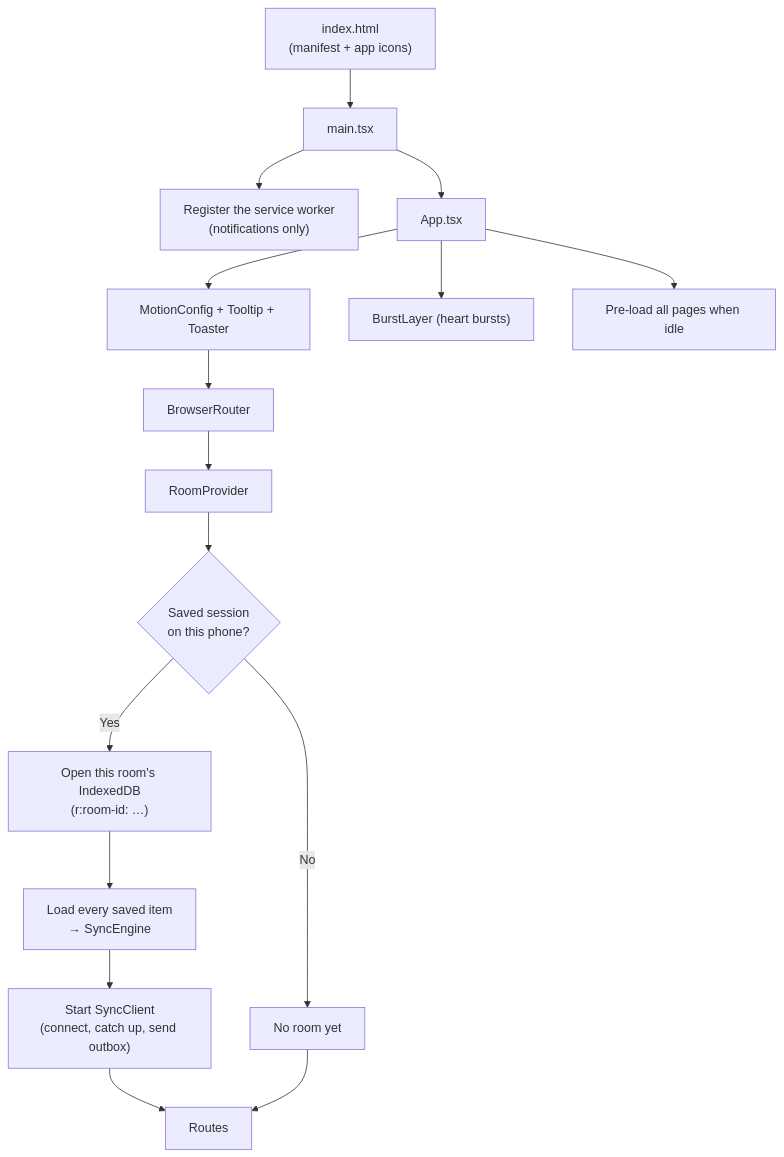
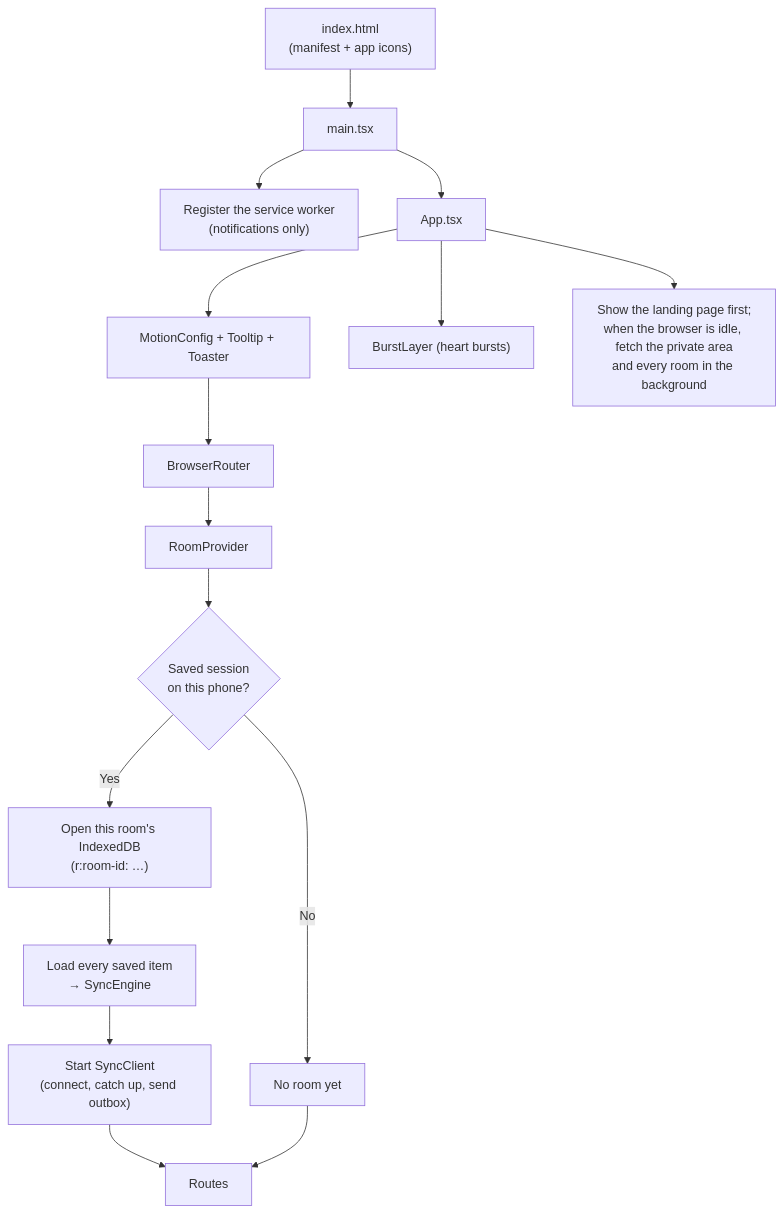
The eighth of 34 diagrams in front-end/doc/04-flowcharts.md (silent-coder-dev/private-space), drawn with Mermaid before and after one commit. The commit also changed other lines of this file and 56 other files, not shown here.

````diff
--- a/front-end/doc/04-flowcharts.md
+++ b/front-end/doc/04-flowcharts.md
@@ -183,18 +189,18 @@
 ```mermaid
 flowchart TD
     A["index.html<br/>(manifest + app icons)"] --> B["main.tsx"]
     B --> SW["Register the service worker<br/>(notifications only)"]
     B --> C["App.tsx"]
     C --> D["MotionConfig + Tooltip + Toaster"]
     D --> E["BrowserRouter"]
     E --> F["RoomProvider"]
     F --> G{"Saved session<br/>on this phone?"}
     G -->|"Yes"| H["Open this room's IndexedDB<br/>(r:room-id: …)"]
     H --> H2["Load every saved item<br/>→ SyncEngine"]
     H2 --> H3["Start SyncClient<br/>(connect, catch up, send outbox)"]
     G -->|"No"| I["No room yet"]
     H3 --> J["Routes"]
     I --> J
     C --> K["BurstLayer (heart bursts)"]
-    C --> L["Pre-load all pages when idle"]
+    C --> L["Show the landing page first;<br/>when the browser is idle, fetch the private area<br/>and every room in the background"]
 ```
````
